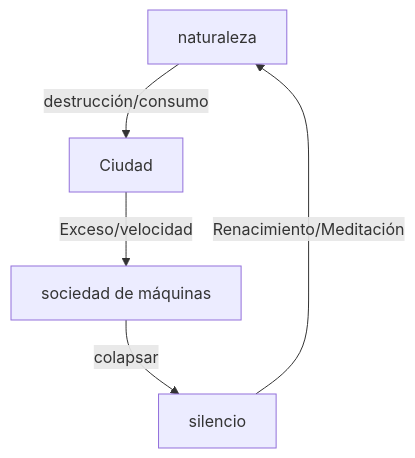
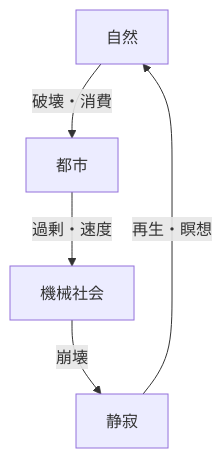
Before and after one commit to monumental-movement/monumental-movement.github.io: the second of 2 diagrams in es/_posts/2025-11-13-column-koyaanisqatsi.md, drawn with Mermaid. The commit also changed other lines of this file and 299 other files, not shown here.

```diff
--- a/es/_posts/2025-11-13-column-koyaanisqatsi.md
+++ b/es/_posts/2025-11-13-column-koyaanisqatsi.md
@@ -149,9 +149,9 @@
 <div class="mermaid">
 
 graph TD
-A[naturaleza] -->|destrucción/consumo| B[Ciudad]
-B -->|Exceso/velocidad| C[sociedad de máquinas]
-C -->|colapsar| D[silencio]
-D -->|Renacimiento/Meditación| A
+A[自然] -->|破壊・消費| B[都市]
+B -->|過剰・速度| C[機械社会]
+C -->|崩壊| D[静寂]
+D -->|再生・瞑想| A
 
 </div>
```
